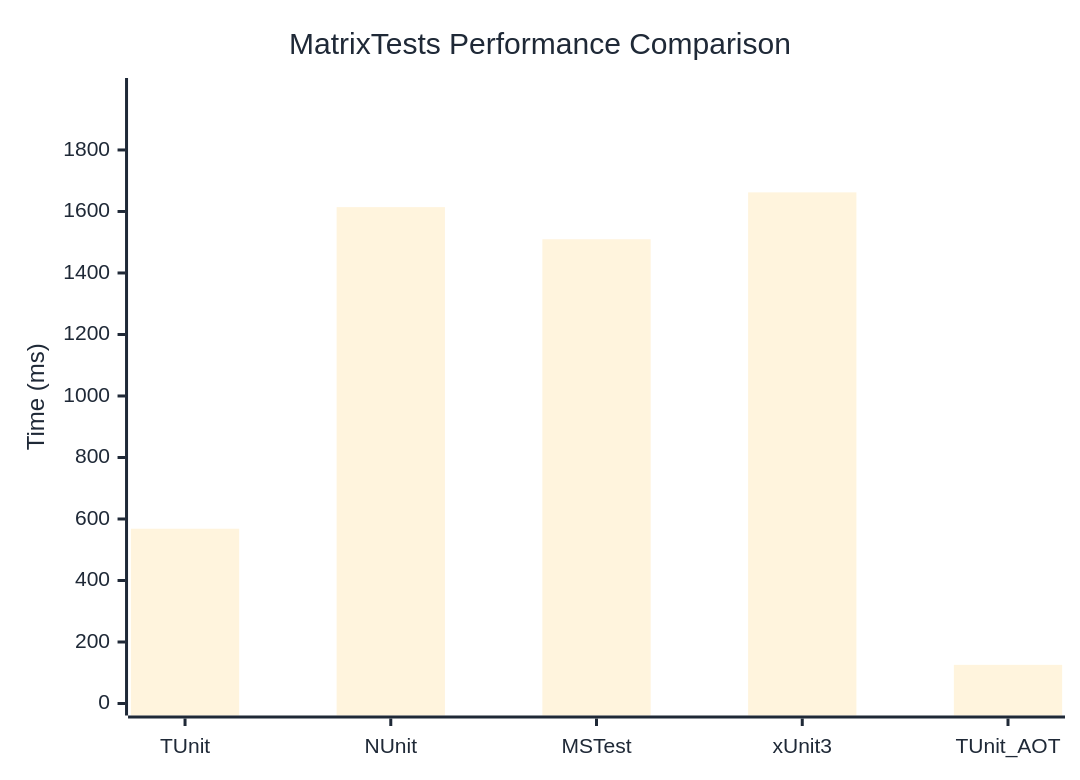
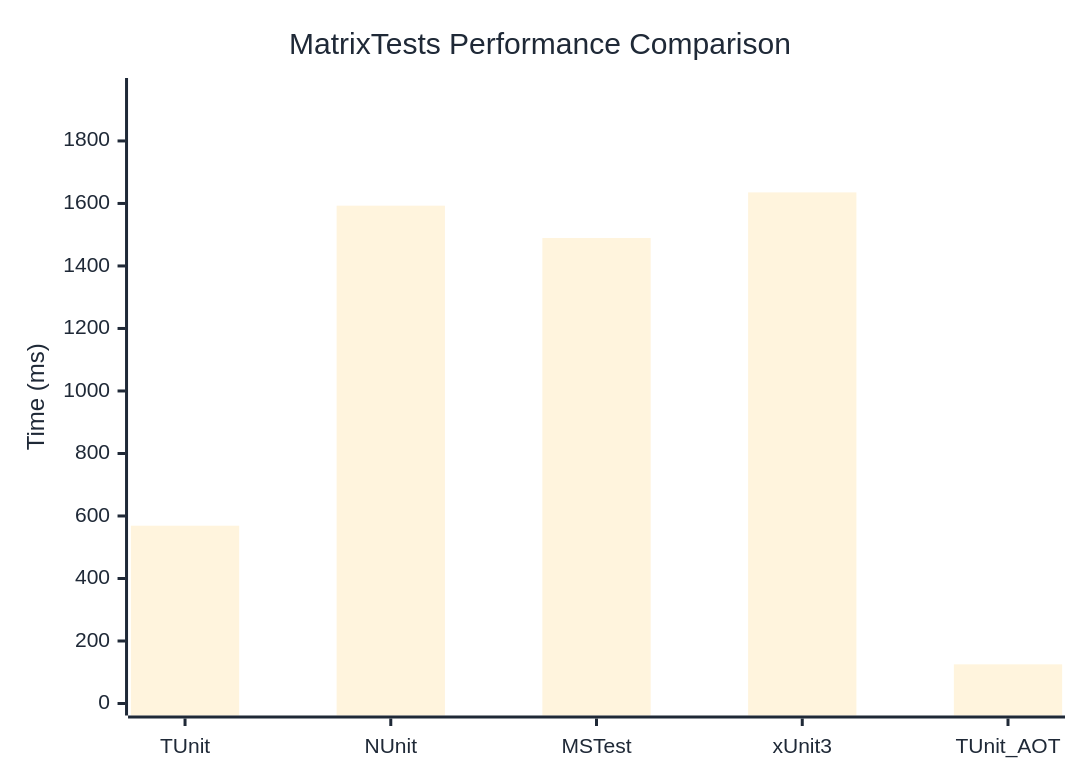
One commit to weiyilai/TUnit changed the diagram in docs/docs/benchmarks/MatrixTests.md. Above: the diagram before and after it, drawn with Mermaid. The commit also changed other lines of this file and 17 other files, not shown here.

````diff
--- a/docs/docs/benchmarks/MatrixTests.md
+++ b/docs/docs/benchmarks/MatrixTests.md
@@ -27,37 +27,37 @@
 ```mermaid
 %%{init: {
   'theme':'base',
   'themeVariables': {
     'primaryColor': '#2563eb',
     'primaryTextColor': '#1f2937',
     'primaryBorderColor': '#1e40af',
     'lineColor': '#6b7280',
     'secondaryColor': '#7c3aed',
     'tertiaryColor': '#dc2626',
     'background': '#ffffff',
     'mainBkg': '#2563eb',
     'secondBkg': '#7c3aed',
     'tertiaryBkg': '#dc2626',
     'clusterBkg': '#f3f4f6',
     'edgeLabelBackground': '#ffffff',
     'tertiaryTextColor': '#1f2937',
     'pie1': '#2563eb',
     'pie2': '#7c3aed',
     'pie3': '#dc2626',
     'pie4': '#f59e0b',
     'pie5': '#10b981',
     'pie6': '#06b6d4',
     'pie7': '#ec4899',
     'pie8': '#6366f1',
     'pie9': '#84cc16',
     'pie10': '#f97316',
     'pie11': '#14b8a6',
     'pie12': '#a855f7'
   }
 }}%%
 xychart-beta
   title "MatrixTests Performance Comparison"
   x-axis ["TUnit", "NUnit", "MSTest", "xUnit3", "TUnit_AOT"]
-  y-axis "Time (ms)" 0 --> 1995
-  bar [568.3, 1614.1, 1509.7, 1662.1, 125.7]
+  y-axis "Time (ms)" 0 --> 1963
+  bar [568.9, 1592.9, 1489.4, 1635.4, 125.3]
 ```
````
